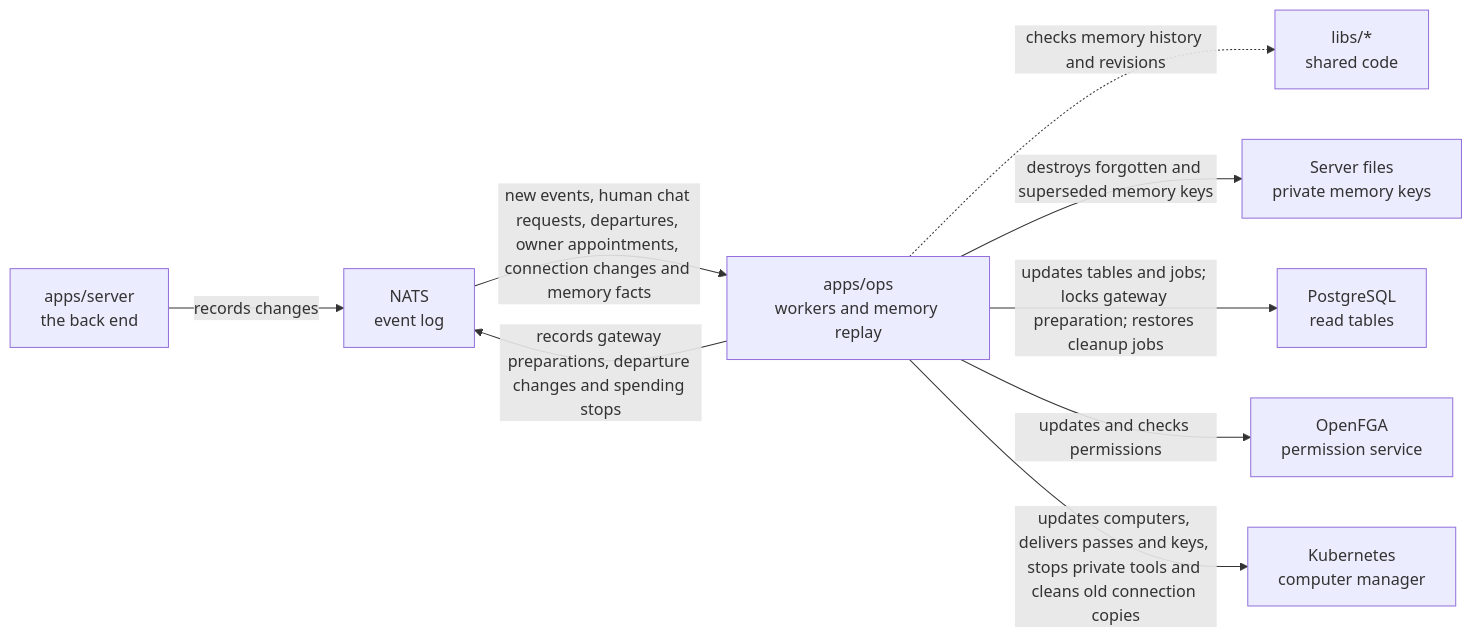
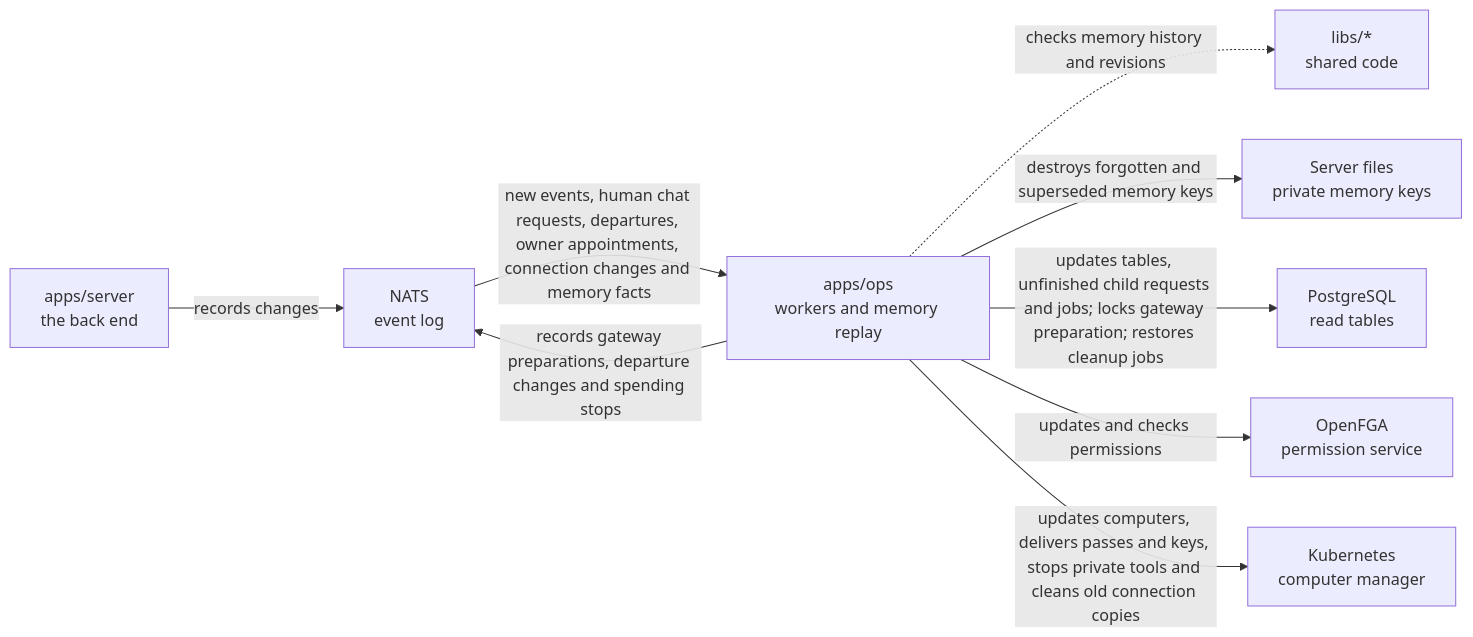
Before and after one commit to elewa-git/opencrane-new: the diagram in apps/ops/README.md, drawn with Mermaid. The commit also changed other lines of this file and 13 other files, not shown here.

Commit message:
🔧 Keep child recovery read only and save daily failure logs

````diff
--- a/apps/ops/README.md
+++ b/apps/ops/README.md
@@ -11,11 +11,11 @@
 ```mermaid
 flowchart LR
   server["apps/server<br/>the back end"] -->|records changes| nats["NATS<br/>event log"]
   nats -->|new events, human chat requests, departures, owner appointments, connection changes and memory facts| ops["apps/ops<br/>workers and memory replay"]
   ops -->|records gateway preparations, departure changes and spending stops| nats
   ops -.->|checks memory history and revisions| libs["libs/*<br/>shared code"]
   ops -->|destroys forgotten and superseded memory keys| keys["Server files<br/>private memory keys"]
-  ops -->|updates tables and jobs; locks gateway preparation; restores cleanup jobs| postgres["PostgreSQL<br/>read tables"]
+  ops -->|updates tables, unfinished child requests and jobs; locks gateway preparation; restores cleanup jobs| postgres["PostgreSQL<br/>read tables"]
   ops -->|updates and checks permissions| fga["OpenFGA<br/>permission service"]
   ops -->|updates computers, delivers passes and keys, stops private tools and cleans old connection copies| kube["Kubernetes<br/>computer manager"]
 ```
````
